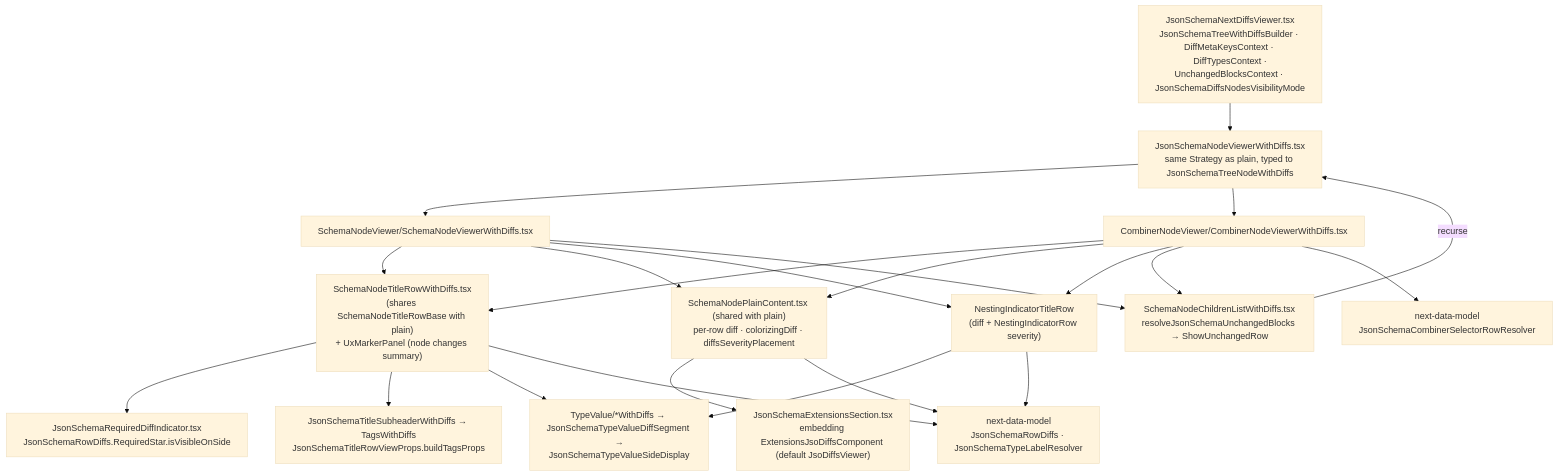
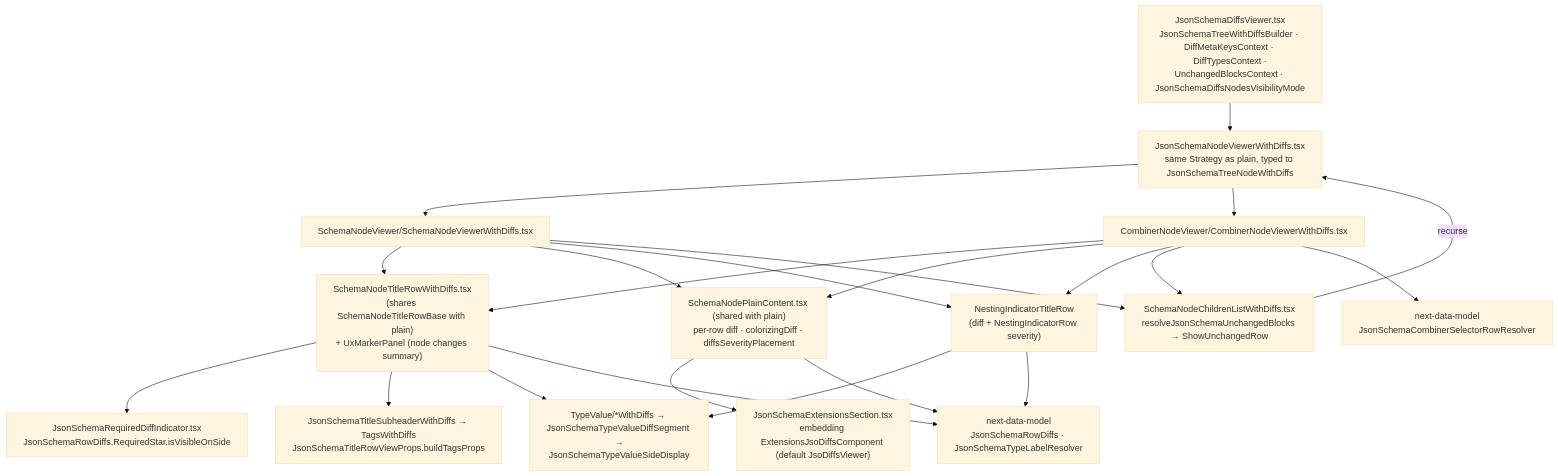
Before and after one commit to Netcracker/qubership-apihub-api-doc-viewer: the diagram in docs/design/json-schema/architecture/viewer-with-diffs.md, drawn with Mermaid (base theme). The commit also changed other lines of this file and 163 other files, not shown here.

Commit message:
refactor!: `JsonSchemaNextViewer` -> `JsonSchemaViewer`, `JsonSchemaNextDiffsViewer` -> `JsonSchemaDiffsViewer`, updated their usages

````diff
--- a/docs/design/json-schema/architecture/viewer-with-diffs.md
+++ b/docs/design/json-schema/architecture/viewer-with-diffs.md
@@ -6,39 +6,39 @@
 ```mermaid
 flowchart TB
-  RootD["JsonSchemaNextDiffsViewer.tsx<br/>JsonSchemaTreeWithDiffsBuilder · DiffMetaKeysContext · DiffTypesContext ·<br/>UnchangedBlocksContext · JsonSchemaDiffsNodesVisibilityMode"]
+  RootD["JsonSchemaDiffsViewer.tsx<br/>JsonSchemaTreeWithDiffsBuilder · DiffMetaKeysContext · DiffTypesContext ·<br/>UnchangedBlocksContext · JsonSchemaDiffsNodesVisibilityMode"]
   DispatchD["JsonSchemaNodeViewerWithDiffs.tsx<br/>same Strategy as plain, typed to JsonSchemaTreeNodeWithDiffs"]
   SchemaNodeD["SchemaNodeViewer/SchemaNodeViewerWithDiffs.tsx"]
   CombinerNodeD["CombinerNodeViewer/CombinerNodeViewerWithDiffs.tsx"]
   TitleRowD["SchemaNodeTitleRowWithDiffs.tsx<br/>(shares SchemaNodeTitleRowBase with plain)<br/>+ UxMarkerPanel (node changes summary)"]
   Required["JsonSchemaRequiredDiffIndicator.tsx<br/>JsonSchemaRowDiffs.RequiredStar.isVisibleOnSide"]
   Tags["JsonSchemaTitleSubheaderWithDiffs → TagsWithDiffs<br/>JsonSchemaTitleRowViewProps.buildTagsProps"]
   TypeValueD["TypeValue/*WithDiffs → JsonSchemaTypeValueDiffSegment →<br/>JsonSchemaTypeValueSideDisplay"]
   ContentD["SchemaNodePlainContent.tsx (shared with plain)<br/>per-row diff · colorizingDiff · diffsSeverityPlacement"]
   ChildrenList["SchemaNodeChildrenListWithDiffs.tsx<br/>resolveJsonSchemaUnchangedBlocks → ShowUnchangedRow"]
   NestingD["NestingIndicatorTitleRow<br/>(diff + NestingIndicatorRow severity)"]
   ExtensionsD["JsonSchemaExtensionsSection.tsx<br/>embedding ExtensionsJsoDiffsComponent (default JsoDiffsViewer)"]
   CombinerResolver["next-data-model<br/>JsonSchemaCombinerSelectorRowResolver"]
   RowDiffs["next-data-model<br/>JsonSchemaRowDiffs · JsonSchemaTypeLabelResolver"]
 
   RootD --> DispatchD
   DispatchD --> SchemaNodeD
   DispatchD --> CombinerNodeD
   SchemaNodeD --> TitleRowD
   SchemaNodeD --> ContentD
   SchemaNodeD --> NestingD
   SchemaNodeD --> ChildrenList
   CombinerNodeD --> TitleRowD
   CombinerNodeD --> ContentD
   CombinerNodeD --> NestingD
   CombinerNodeD --> ChildrenList
   CombinerNodeD --> CombinerResolver
   ChildrenList -->|recurse| DispatchD
   TitleRowD --> Required
   TitleRowD --> Tags
   TitleRowD --> TypeValueD
   NestingD --> TypeValueD
   ContentD --> ExtensionsD
   ContentD --> RowDiffs
   TitleRowD --> RowDiffs
   NestingD --> RowDiffs
 ```
````
